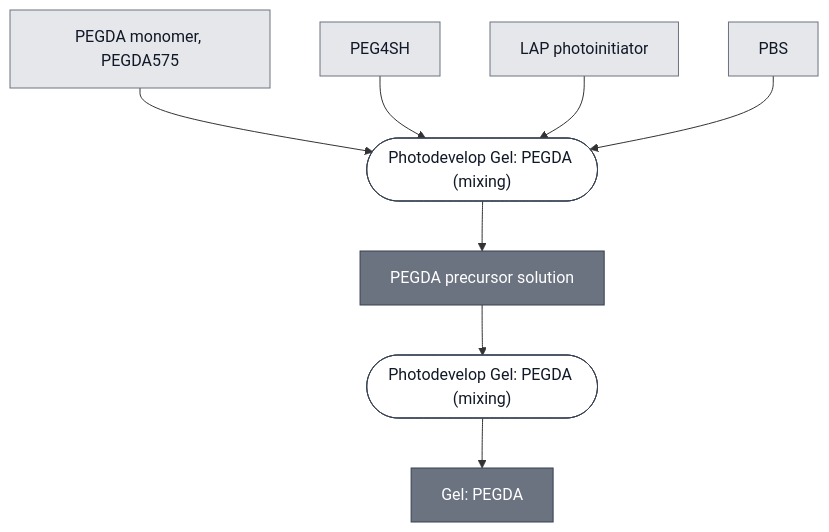
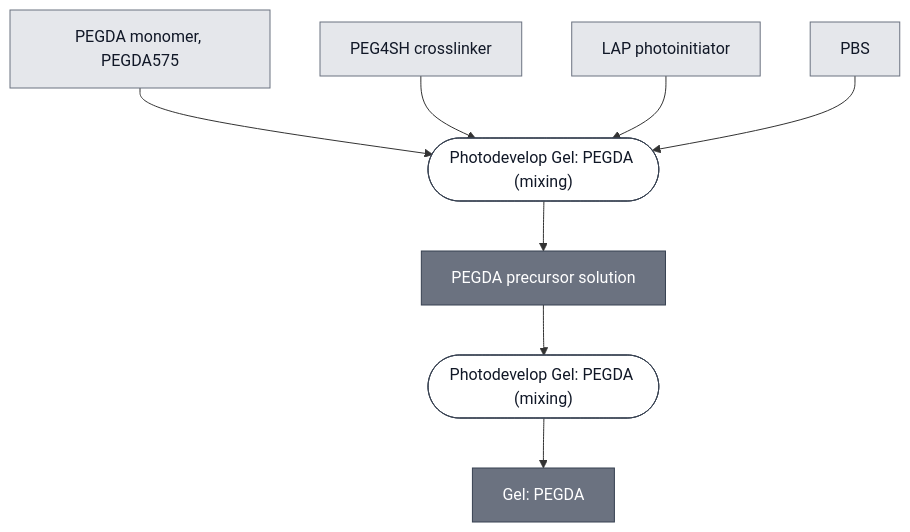
Before and after one commit to nucleus-eng/nucleus-docs: the diagram in docs/modules/gel-pegda/spec.md, drawn with Mermaid. The commit also changed 15 other files, not shown here.

````diff
--- a/docs/modules/gel-pegda/spec.md
+++ b/docs/modules/gel-pegda/spec.md
@@ -41,33 +41,33 @@
 ```mermaid
 flowchart TD
     PEGDA575["PEGDA monomer, PEGDA575"]
-    PEG4SH["PEG4SH"]
+    PEG4SH["PEG4SH crosslinker"]
     LAP["LAP photoinitiator"]
     PBS["PBS"]
 
     P1_ASSEMBLE_PRECURSOR_0(["Photodevelop Gel: PEGDA (mixing)"])
     PEGDA_PRECURSOR["PEGDA precursor solution"]
     P2_PHOTOPATTERN_0(["Photodevelop Gel: PEGDA (mixing)"])
     GEL_PEGDA["Gel: PEGDA"]
 
     PEGDA575 --> P1_ASSEMBLE_PRECURSOR_0
     PEG4SH --> P1_ASSEMBLE_PRECURSOR_0
     LAP --> P1_ASSEMBLE_PRECURSOR_0
     PBS --> P1_ASSEMBLE_PRECURSOR_0
     P1_ASSEMBLE_PRECURSOR_0 --> PEGDA_PRECURSOR
 
     PEGDA_PRECURSOR --> P2_PHOTOPATTERN_0
     P2_PHOTOPATTERN_0 --> GEL_PEGDA
 
 
     classDef leaf     fill:#e5e7eb,stroke:#6b7280,color:#111827;
     classDef composed fill:#6b7280,stroke:#374151,color:#ffffff;
     classDef process  fill:#ffffff,stroke:#374151,color:#111827;
     class PEGDA575,PEG4SH,LAP,PBS leaf;
     class PEGDA_PRECURSOR,GEL_PEGDA composed;
     class P1_ASSEMBLE_PRECURSOR_0,P2_PHOTOPATTERN_0 process;
 
     click P1_ASSEMBLE_PRECURSOR_0 "/docs/processes/photodevelop-pegda/main"
     click P2_PHOTOPATTERN_0 "/docs/processes/photodevelop-pegda/main"
     click GEL_PEGDA "/docs/modules/gel-pegda/spec"
 ```
````
